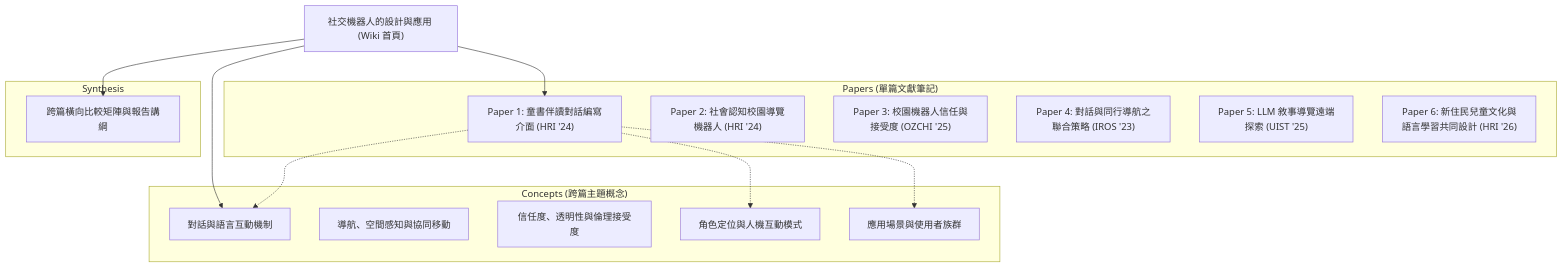
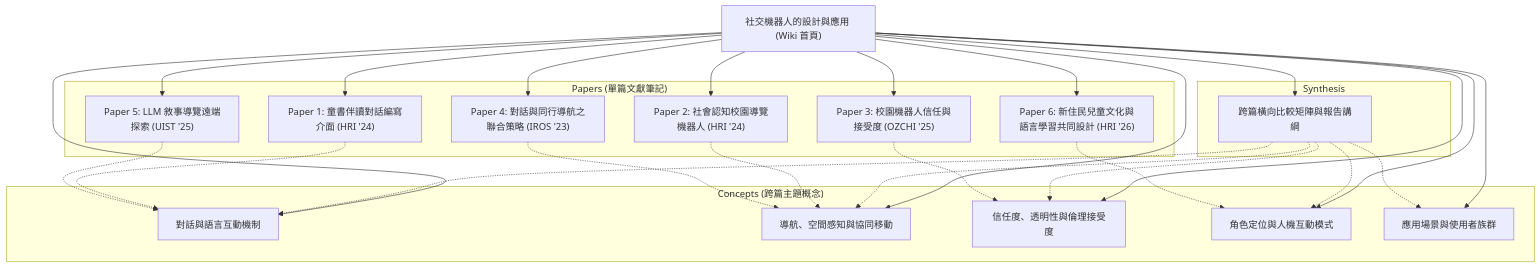
The second of 2 diagrams in wiki/index.md (ThumperHuang/llm-wiki-social-robots), drawn with Mermaid before and after one commit. The commit also changed other lines of this file and 4 other files, not shown here.

````diff
--- a/wiki/index.md
+++ b/wiki/index.md
@@ -17,32 +50,50 @@
 ```mermaid
 graph TD
     WikiIndex["社交機器人的設計與應用 (Wiki 首頁)"]
     
     subgraph 核心文獻庫 ["Papers (單篇文獻筆記)"]
         P1["Paper 1: 童書伴讀對話編寫介面 (HRI '24)"]
         P2["Paper 2: 社會認知校園導覽機器人 (HRI '24)"]
         P3["Paper 3: 校園機器人信任與接受度 (OZCHI '25)"]
         P4["Paper 4: 對話與同行導航之聯合策略 (IROS '23)"]
         P5["Paper 5: LLM 敘事導覽遠端探索 (UIST '25)"]
         P6["Paper 6: 新住民兒童文化與語言學習共同設計 (HRI '26)"]
     end
 
     subgraph 核心概念專頁 ["Concepts (跨篇主題概念)"]
         C1["對話與語言互動機制"]
         C2["導航、空間感知與協同移動"]
         C3["信任度、透明性與倫理接受度"]
         C4["角色定位與人機互動模式"]
         C5["應用場景與使用者族群"]
     end
 
     subgraph 綜合評析 ["Synthesis"]
         SYN["跨篇橫向比較矩陣與報告講綱"]
     end
 
+    WikiIndex --> SYN
+    WikiIndex --> C1
+    WikiIndex --> C2
+    WikiIndex --> C3
+    WikiIndex --> C4
+    WikiIndex --> C5
     WikiIndex --> P1
-    WikiIndex --> C1
-    WikiIndex --> SYN
+    WikiIndex --> P2
+    WikiIndex --> P3
+    WikiIndex --> P4
+    WikiIndex --> P5
+    WikiIndex --> P6
+
+    SYN -.-> C1
+    SYN -.-> C2
+    SYN -.-> C3
+    SYN -.-> C4
+    SYN -.-> C5
     P1 -.-> C1
-    P1 -.-> C4
-    P1 -.-> C5
+    P2 -.-> C2
+    P3 -.-> C3
+    P4 -.-> C2
+    P5 -.-> C1
+    P6 -.-> C4
 ```
````
